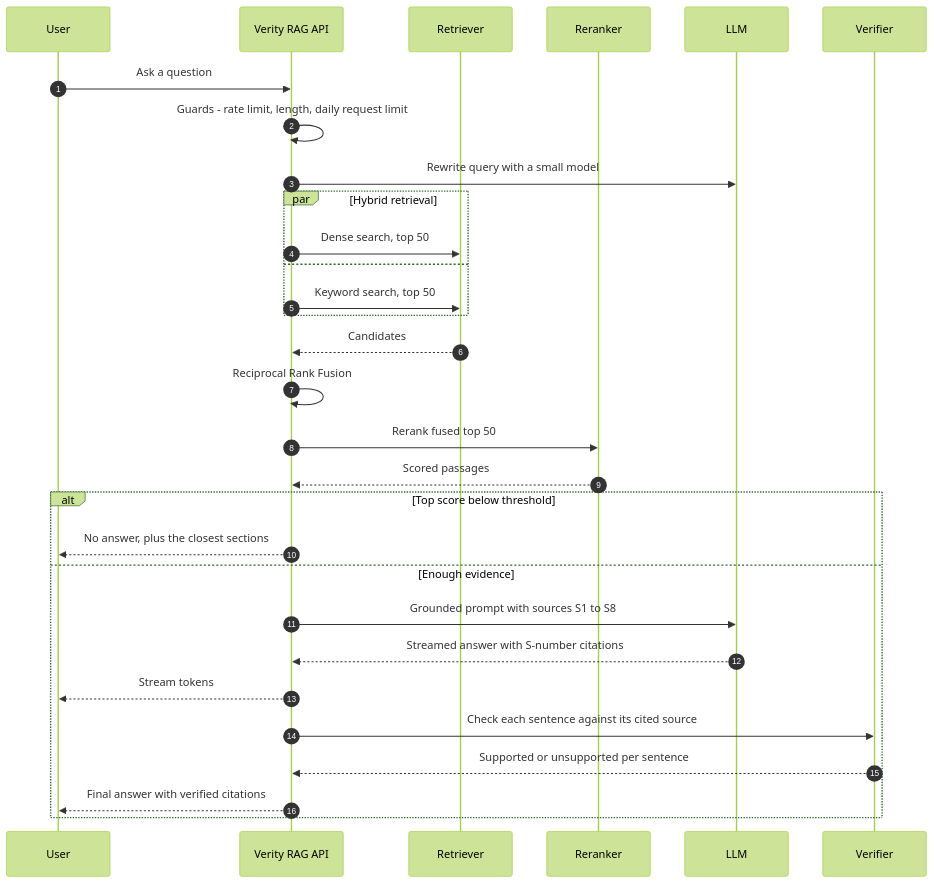
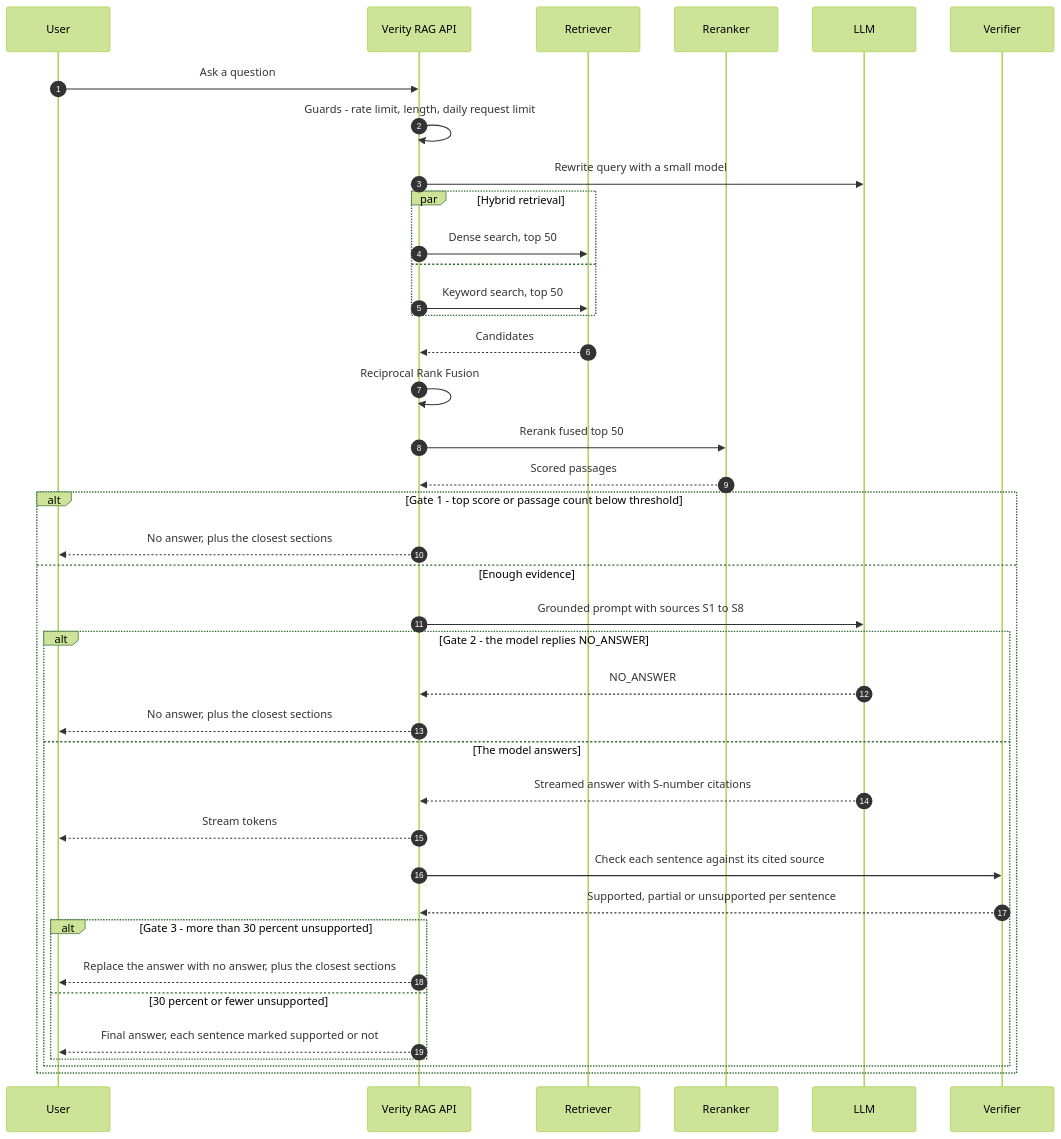
One commit to dileepadev/verity-rag changed the diagram in docs/design/diagrams/query.mmd. Above: the diagram before and after it, drawn with Mermaid (forest theme). The commit also changed 13 other files, not shown here.

First line of the commit message:
docs(repo): Correct the architecture diagrams against the design (refs #48)

```diff
--- a/docs/design/diagrams/query.mmd
+++ b/docs/design/diagrams/query.mmd
@@ -1,30 +1,39 @@
 sequenceDiagram
     autonumber
     participant U as User
     participant API as Verity RAG API
     participant R as Retriever
     participant RR as Reranker
     participant L as LLM
     participant V as Verifier
     U->>API: Ask a question
     API->>API: Guards - rate limit, length, daily request limit
     API->>L: Rewrite query with a small model
     par Hybrid retrieval
         API->>R: Dense search, top 50
     and
         API->>R: Keyword search, top 50
     end
     R-->>API: Candidates
     API->>API: Reciprocal Rank Fusion
     API->>RR: Rerank fused top 50
     RR-->>API: Scored passages
-    alt Top score below threshold
+    alt Gate 1 - top score or passage count below threshold
         API-->>U: No answer, plus the closest sections
     else Enough evidence
         API->>L: Grounded prompt with sources S1 to S8
-        L-->>API: Streamed answer with S-number citations
-        API-->>U: Stream tokens
-        API->>V: Check each sentence against its cited source
-        V-->>API: Supported or unsupported per sentence
-        API-->>U: Final answer with verified citations
+        alt Gate 2 - the model replies NO_ANSWER
+            L-->>API: NO_ANSWER
+            API-->>U: No answer, plus the closest sections
+        else The model answers
+            L-->>API: Streamed answer with S-number citations
+            API-->>U: Stream tokens
+            API->>V: Check each sentence against its cited source
+            V-->>API: Supported, partial or unsupported per sentence
+            alt Gate 3 - more than 30 percent unsupported
+                API-->>U: Replace the answer with no answer, plus the closest sections
+            else 30 percent or fewer unsupported
+                API-->>U: Final answer, each sentence marked supported or not
+            end
+        end
     end
```
